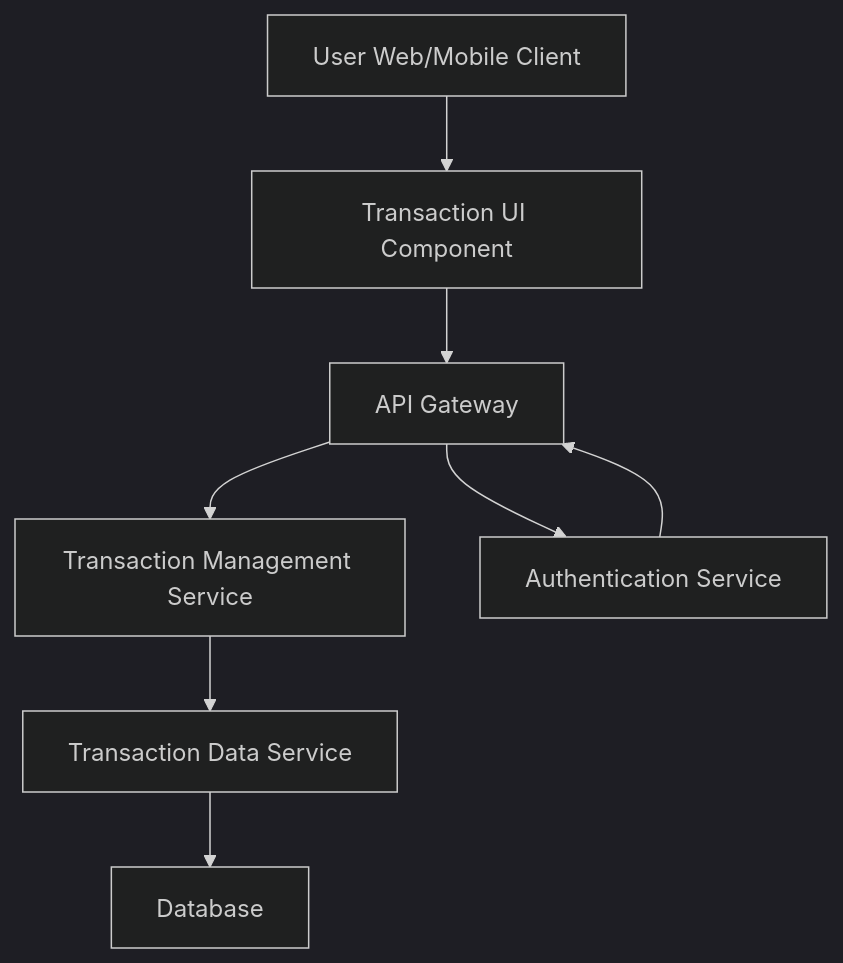
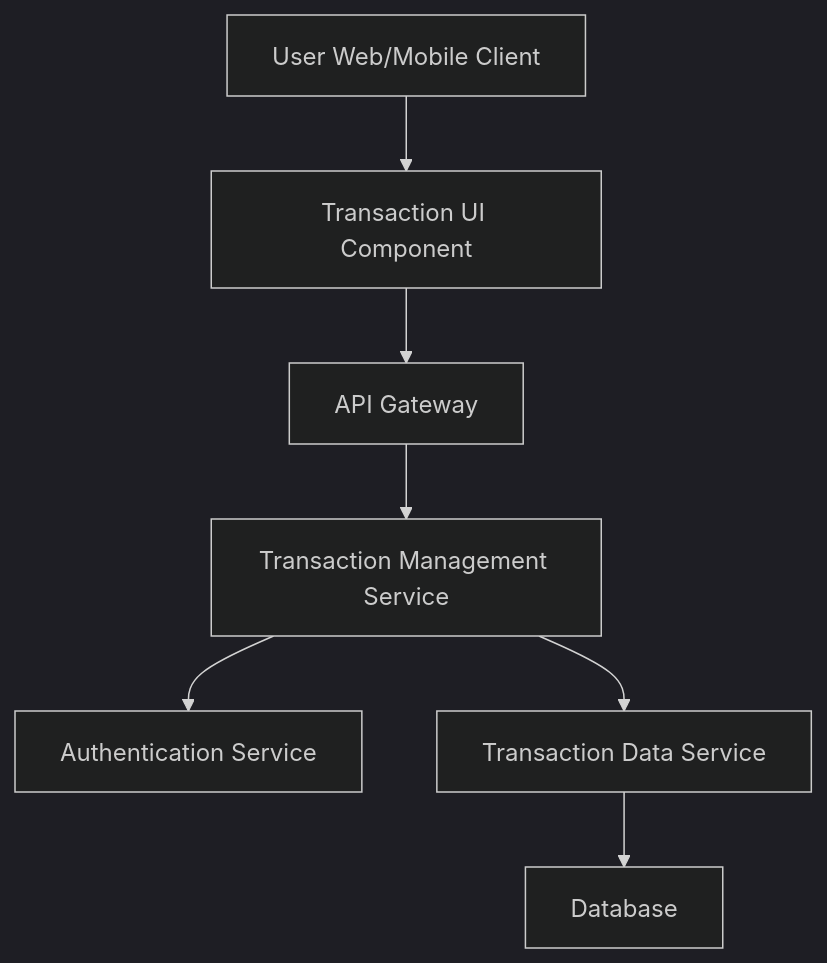
Before and after one commit to Davamani-git/APB_Demo: the diagram in HLD/QE-4633_HLD.md, drawn with Mermaid (dark theme). The commit also changed other lines of this file and 2 other files, not shown here.

````diff
--- a/HLD/QE-4633_HLD.md
+++ b/HLD/QE-4633_HLD.md
@@ -7,17 +7,16 @@
 ```mermaid
 flowchart TD
     A["User Web/Mobile Client"]
     B["Transaction UI Component"]
     C["API Gateway"]
     D["Transaction Management Service"]
-    E["Transaction Data Service"]
-    F["Authentication Service"]
+    E["Authentication Service"]
+    F["Transaction Data Service"]
     G["Database"]
     A --> B
     B --> C
-    C --> F
-    F --> C
     C --> D
     D --> E
-    E --> G
+    D --> F
+    F --> G
 ```
````
